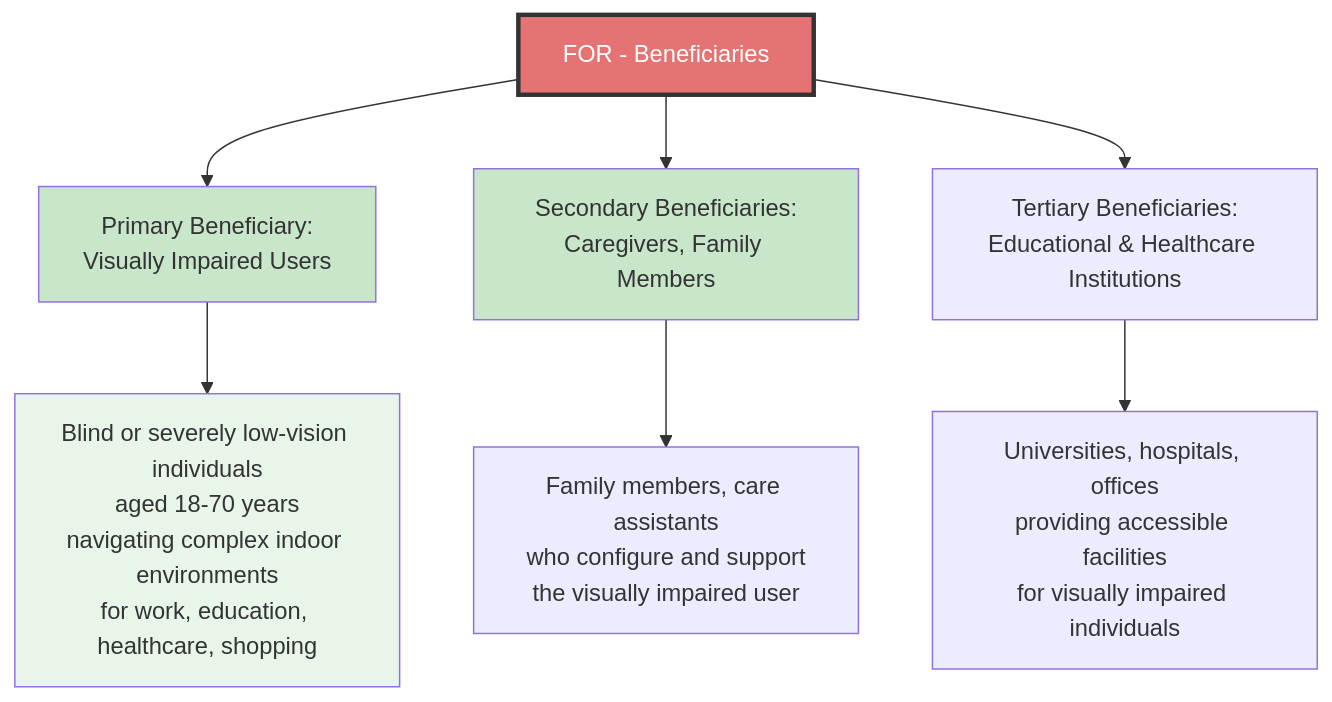
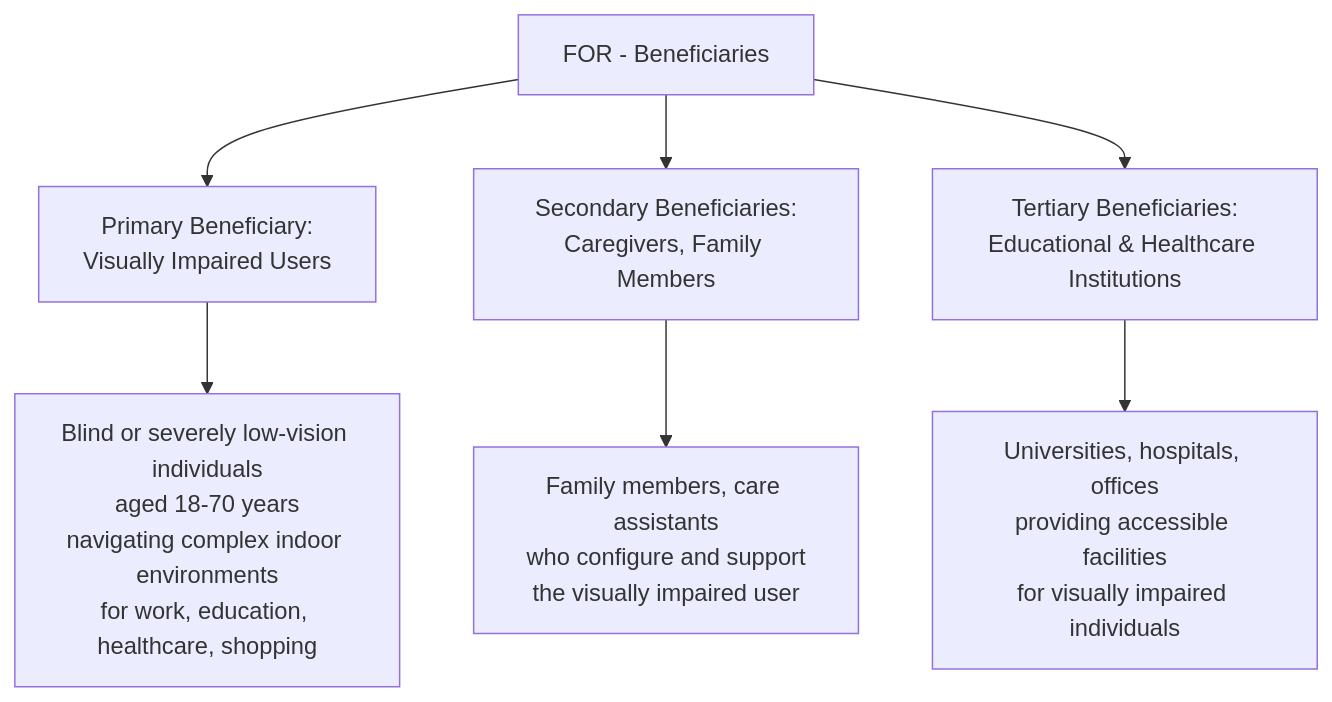
One commit to phamleduy04/se4351-mobile-f25 changed the first of 11 diagrams in docs/Project 2/WRS Project 2.md. Above: the diagram before and after it, drawn with Mermaid. The commit also changed other lines of this file, not shown here.

````diff
--- a/docs/Project 2/WRS Project 2.md
+++ b/docs/Project 2/WRS Project 2.md
@@ -16,25 +17,20 @@
 ```mermaid
 graph TB
     FOR["FOR - Beneficiaries"]
     
     PRIMARY["Primary Beneficiary:<br/>Visually Impaired Users"]
     SECONDARY["Secondary Beneficiaries:<br/>Caregivers, Family Members"]
     TERTIARY["Tertiary Beneficiaries:<br/>Educational & Healthcare Institutions"]
     
     FOR --> PRIMARY
     FOR --> SECONDARY
     FOR --> TERTIARY
     
     PRIMARY_DESC["Blind or severely low-vision individuals<br/>aged 18-70 years<br/>navigating complex indoor environments<br/>for work, education, healthcare, shopping"]
     SECONDARY_DESC["Family members, care assistants<br/>who configure and support<br/>the visually impaired user"]
     TERTIARY_DESC["Universities, hospitals, offices<br/>providing accessible facilities<br/>for visually impaired individuals"]
     
     PRIMARY --> PRIMARY_DESC
     SECONDARY --> SECONDARY_DESC
     TERTIARY --> TERTIARY_DESC
-    
-    style FOR fill:#E57373,stroke:#333,stroke-width:3px,color:#fff
-    style PRIMARY fill:#C8E6C9
-    style SECONDARY fill:#C8E6C9
-    style PRIMARY_DESC fill:#E8F5E9
 ```
````
